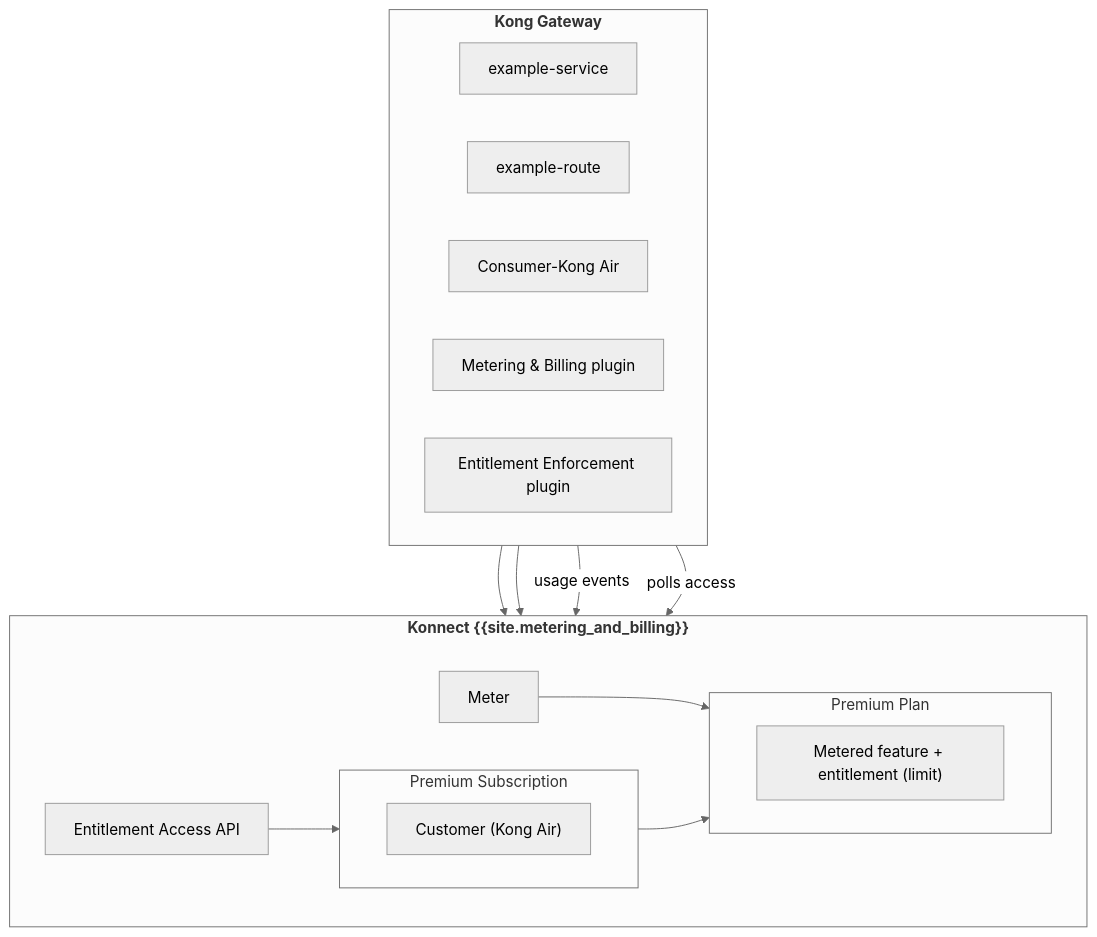
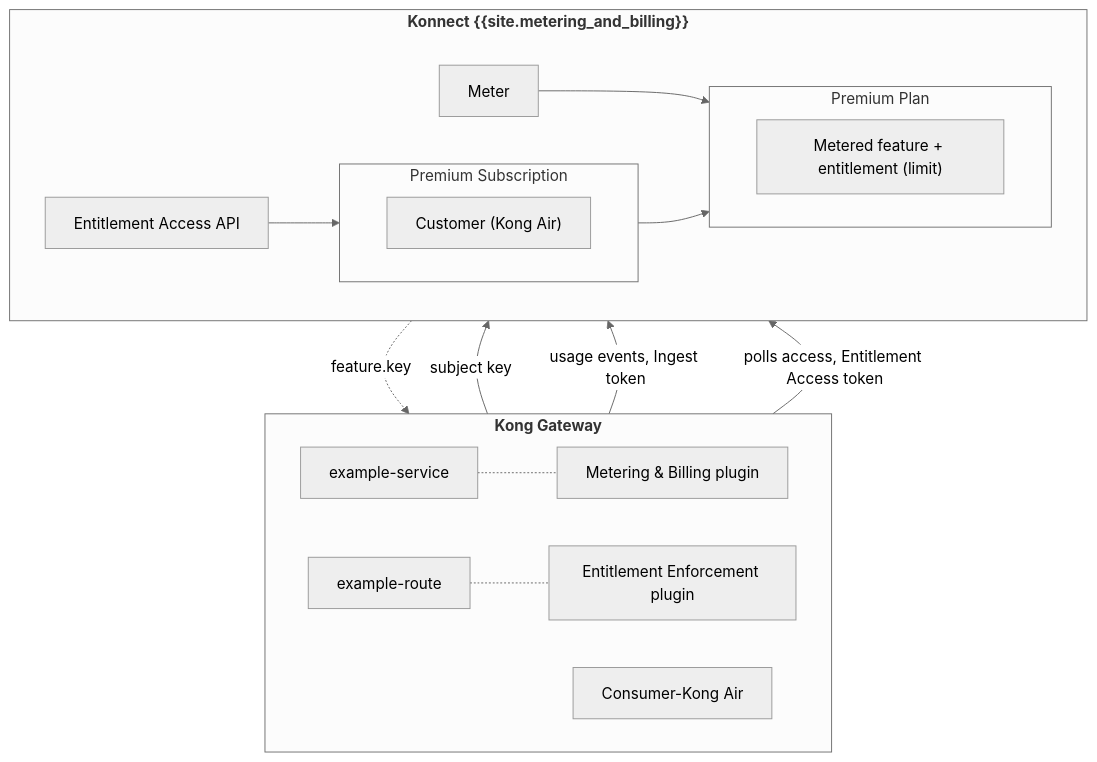
Before and after one commit to Kong/developer.konghq.com: the diagram in app/_how-tos/gateway/get-started-with-entitlement-enforcement.md, drawn with Mermaid (neutral theme). The commit also changed other lines of this file and 1 other file, not shown here.

First line of the commit message:
docs(metering-and-billing): explain the configuration workflow up front

```diff
--- a/app/_how-tos/gateway/get-started-with-entitlement-enforcement.md
+++ b/app/_how-tos/gateway/get-started-with-entitlement-enforcement.md
@@ -98,32 +140,34 @@
 {% mermaid %}
 flowchart TB
   subgraph gateway["<b>Kong Gateway</b>"]
     direction LR
         service["example-service"]
         route["example-route"]
         consumer1["Consumer-Kong Air"]
         metering["Metering & Billing plugin"]
         enforcement["Entitlement Enforcement plugin"]
   end
   subgraph mb["<b>Konnect {{site.metering_and_billing}}</b>"]
     direction LR
         meter["Meter"]
     subgraph plan["Premium Plan"]
       direction LR
           feature2["Metered feature + entitlement (limit)"]
     end
     subgraph subscription["Premium Subscription"]
       direction LR
           customer1["Customer (Kong Air)"]
     end
     access["Entitlement Access API"]
   end
-    service --> meter
+    service -.- metering
+    route -.- enforcement
     meter --> feature2
-    consumer1 --> customer1
+    consumer1 -->|subject key| customer1
     subscription --> plan
-    metering -->|usage events| meter
-    enforcement -->|polls access| access
+    metering -->|usage events, Ingest token| meter
+    enforcement -->|polls access, Entitlement Access token| access
     access --> customer1
+    feature2 -.->|feature.key| enforcement
 
 {% endmermaid %}
```
